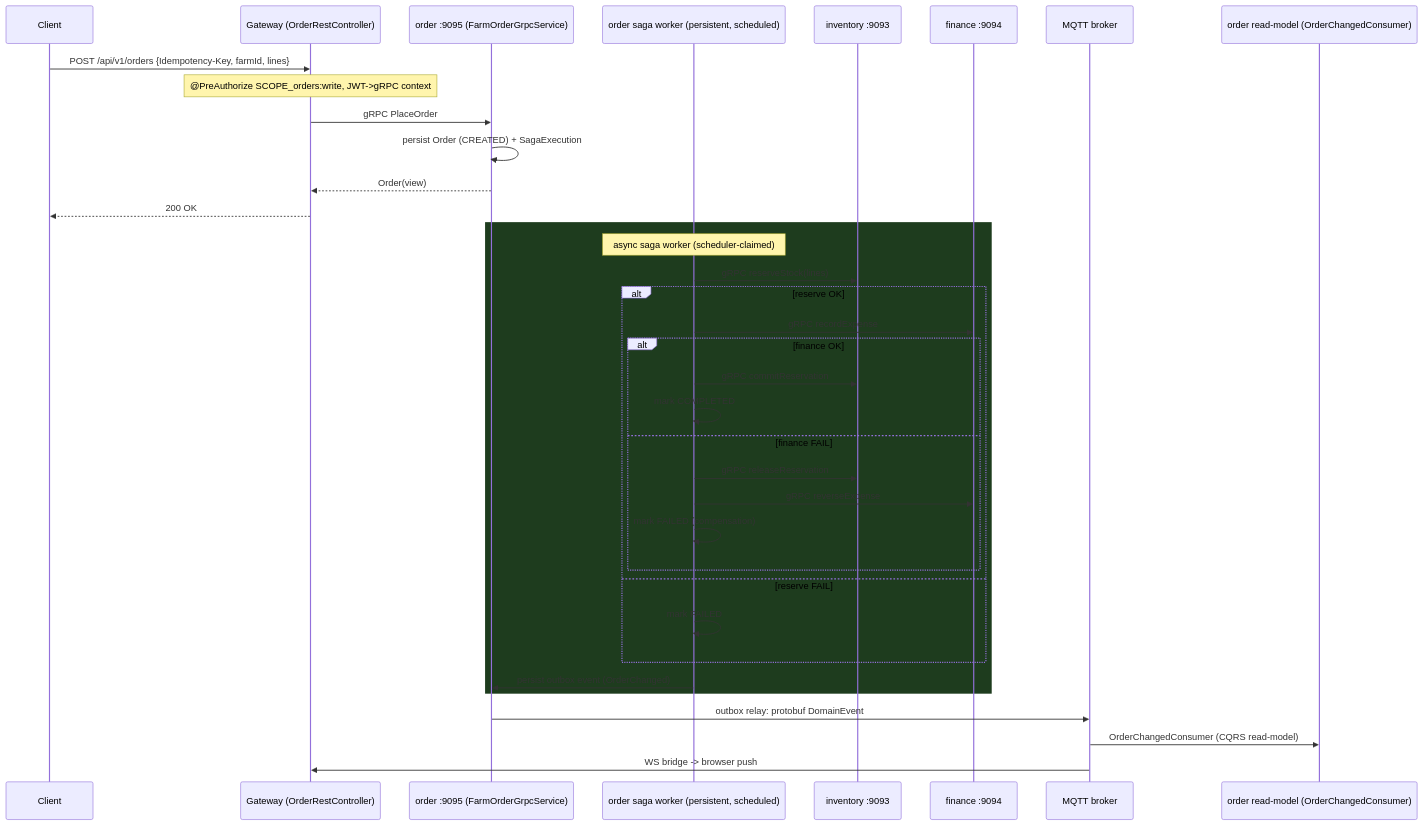
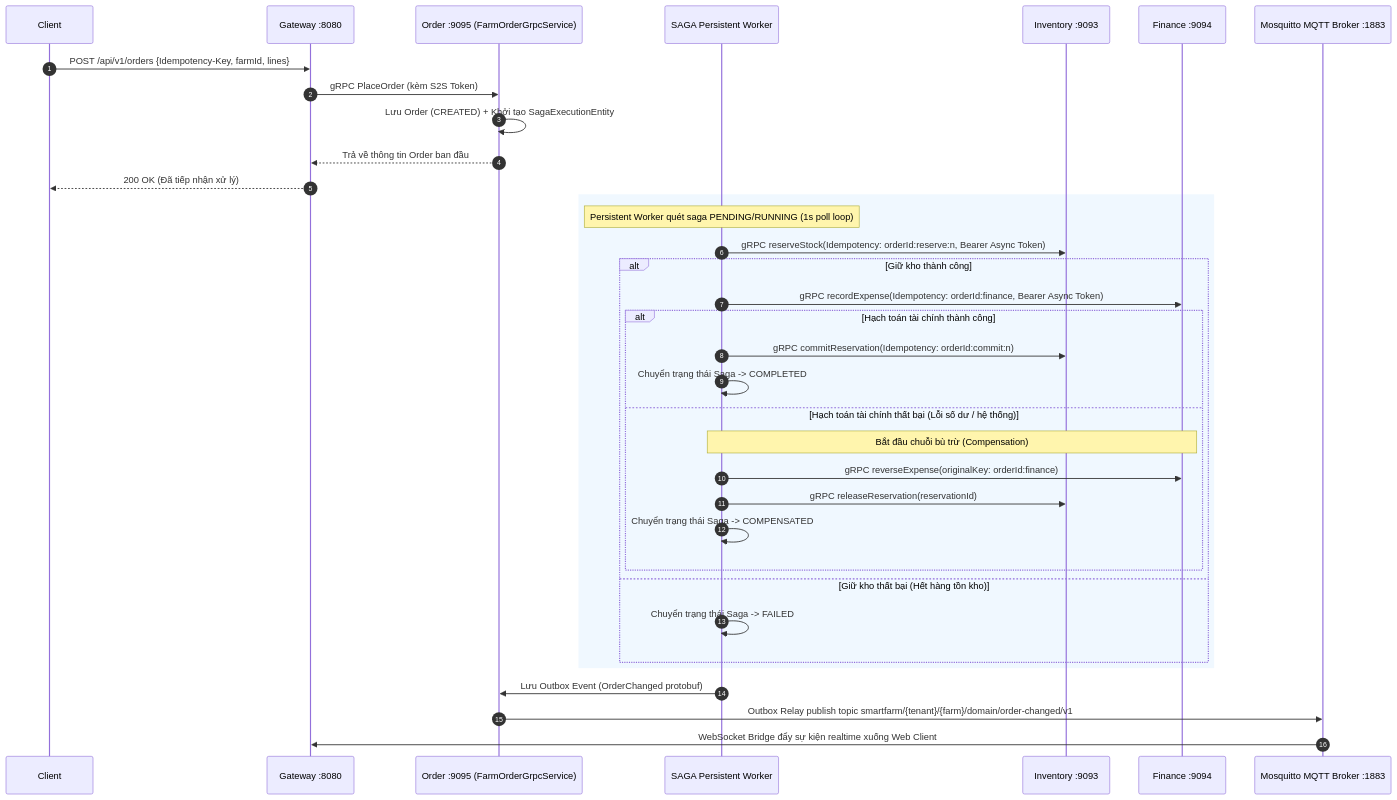
Before and after one commit to hatrongvu13/smartfarm-platform-maven-starter: the fourth of 5 diagrams in docs/architecture/request-flows.md, drawn with Mermaid. The commit also changed other lines of this file and 16 other files, not shown here.

````diff
--- a/docs/architecture/request-flows.md
+++ b/docs/architecture/request-flows.md
@@ -72,41 +104,40 @@
 ```mermaid
 sequenceDiagram
+  autonumber
   participant C as Client
-  participant GW as Gateway (OrderRestController)
-  participant ORD as order :9095 (FarmOrderGrpcService)
-  participant SAGA as order saga worker (persistent, scheduled)
-  participant INV as inventory :9093
-  participant FIN as finance :9094
-  participant MQTT as MQTT broker
-  participant CQRS as order read-model (OrderChangedConsumer)
-  
+  participant GW as Gateway :8080
+  participant ORD as Order :9095 (FarmOrderGrpcService)
+  participant WORKER as SAGA Persistent Worker
+  participant INV as Inventory :9093
+  participant FIN as Finance :9094
+  participant MQTT as Mosquitto MQTT Broker :1883
+
   C->>GW: POST /api/v1/orders {Idempotency-Key, farmId, lines}
-  Note over GW: @PreAuthorize SCOPE_orders:write, JWT->gRPC context
-  GW->>ORD: gRPC PlaceOrder
-  ORD->>ORD: persist Order (CREATED) + SagaExecution
-  ORD-->>GW: Order(view)
-  GW-->>C: 200 OK
+  GW->>ORD: gRPC PlaceOrder (kèm S2S Token)
+  ORD->>ORD: Lưu Order (CREATED) + Khởi tạo SagaExecutionEntity
+  ORD-->>GW: Trả về thông tin Order ban đầu
+  GW-->>C: 200 OK (Đã tiếp nhận xử lý)
 
-  rect rgb(30,60,30)
-    Note over SAGA: async saga worker (scheduler-claimed)
-    SAGA->>INV: gRPC reserveStock(lines)
-    alt reserve OK
-      SAGA->>FIN: gRPC recordExpense
-      alt finance OK
-        SAGA->>INV: gRPC commitReservation
-        SAGA->>SAGA: mark COMPLETED
-      else finance FAIL
-        SAGA->>INV: gRPC releaseReservation
-        SAGA->>FIN: gRPC reverseExpense
-        SAGA->>SAGA: mark FAILED (compensation)
+  rect rgb(240, 248, 255)
+    Note over WORKER: Persistent Worker quét saga PENDING/RUNNING (1s poll loop)
+    WORKER->>INV: gRPC reserveStock(Idempotency: orderId:reserve:n, Bearer Async Token)
+    alt Giữ kho thành công
+      WORKER->>FIN: gRPC recordExpense(Idempotency: orderId:finance, Bearer Async Token)
+      alt Hạch toán tài chính thành công
+        WORKER->>INV: gRPC commitReservation(Idempotency: orderId:commit:n)
+        WORKER->>WORKER: Chuyển trạng thái Saga -> COMPLETED
+      else Hạch toán tài chính thất bại (Lỗi số dư / hệ thống)
+        Note over WORKER,FIN: Bắt đầu chuỗi bù trừ (Compensation)
+        WORKER->>FIN: gRPC reverseExpense(originalKey: orderId:finance)
+        WORKER->>INV: gRPC releaseReservation(reservationId)
+        WORKER->>WORKER: Chuyển trạng thái Saga -> COMPENSATED
       end
-    else reserve FAIL
-      SAGA->>SAGA: mark FAILED
+    else Giữ kho thất bại (Hết hàng tồn kho)
+      WORKER->>WORKER: Chuyển trạng thái Saga -> FAILED
     end
-    SAGA->>ORD: persist outbox event (OrderChanged)
   end
 
-  ORD->>MQTT: outbox relay: protobuf DomainEvent
-  MQTT->>CQRS: OrderChangedConsumer (CQRS read-model)
-  MQTT->>GW: WS bridge -> browser push
+  WORKER->>ORD: Lưu Outbox Event (OrderChanged protobuf)
+  ORD->>MQTT: Outbox Relay publish topic smartfarm/{tenant}/{farm}/domain/order-changed/v1
+  MQTT->>GW: WebSocket Bridge đẩy sự kiện realtime xuống Web Client
 ```
````
